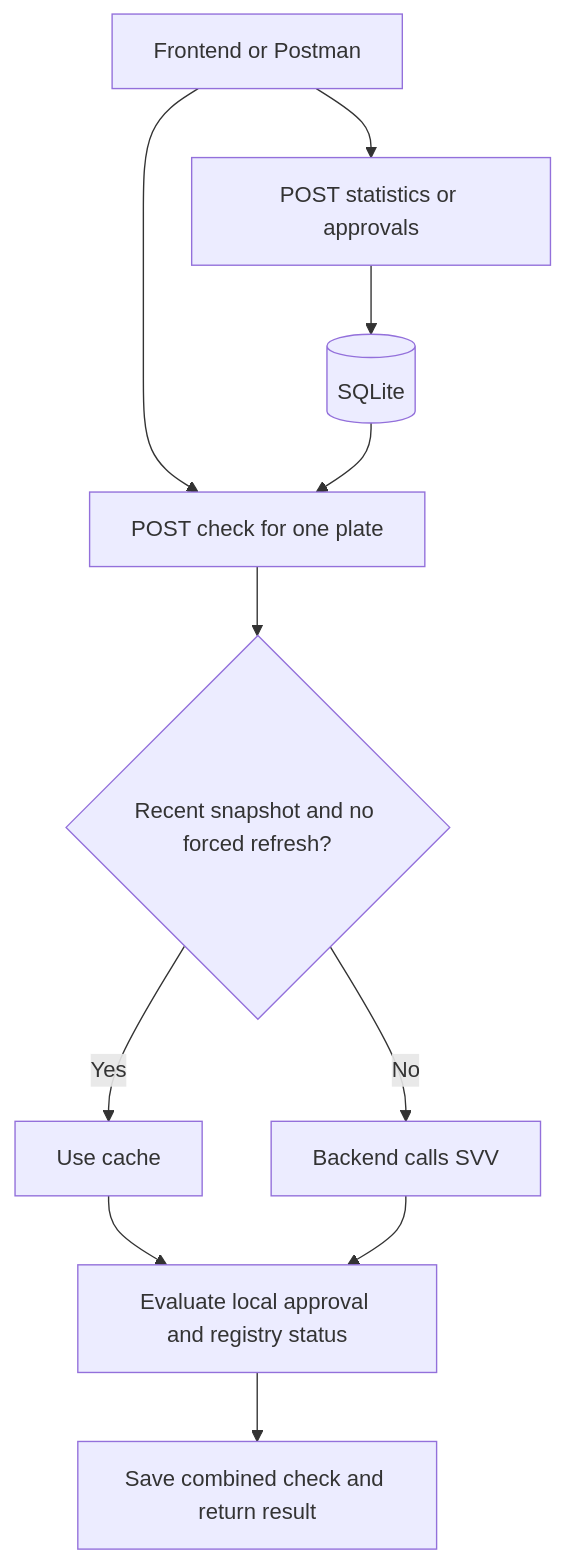
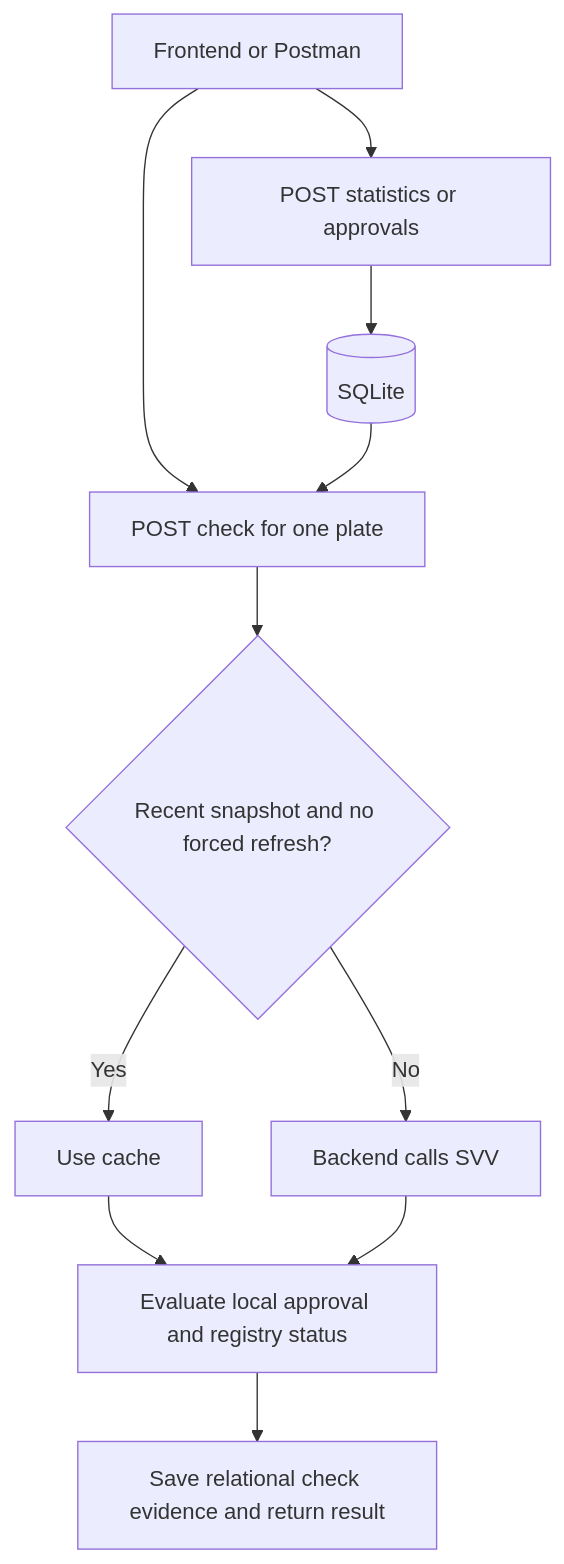
Before and after one commit to oskarlarsen/tdt4290-group7: the first of 2 diagrams in backend/README.md, drawn with Mermaid. The commit also changed other lines of this file and 16 other files, not shown here.

````diff
--- a/backend/README.md
+++ b/backend/README.md
@@ -16,13 +16,13 @@
 ```mermaid
 flowchart TD
     A[Frontend or Postman] --> B[POST statistics or approvals]
     B --> C[(SQLite)]
     A --> D[POST check for one plate]
     C --> D
     D --> E{Recent snapshot and no forced refresh?}
     E -- Yes --> F[Use cache]
     E -- No --> G[Backend calls SVV]
     F --> H[Evaluate local approval and registry status]
     G --> H
-    H --> I[Save combined check and return result]
+    H --> I[Save relational check evidence and return result]
 ```
````
